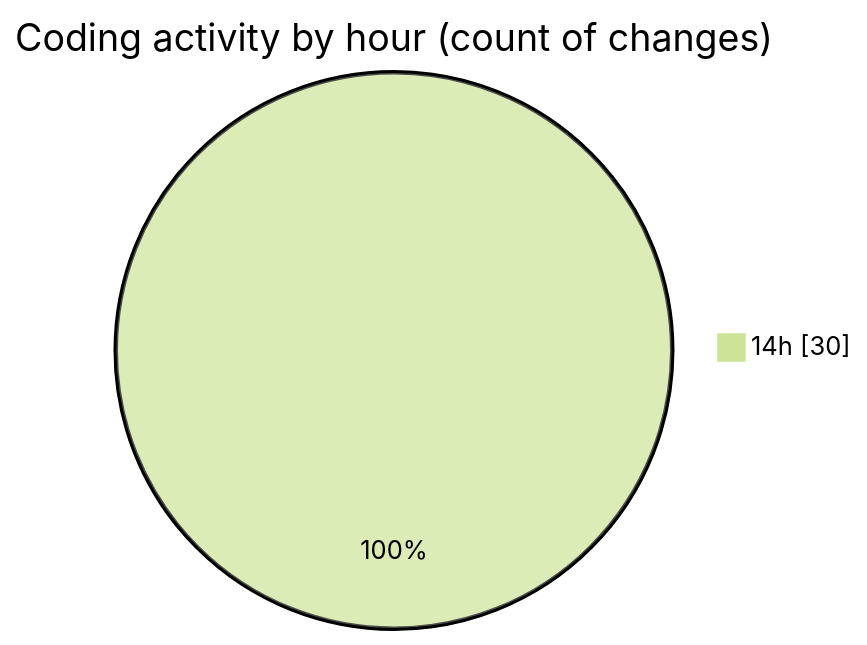
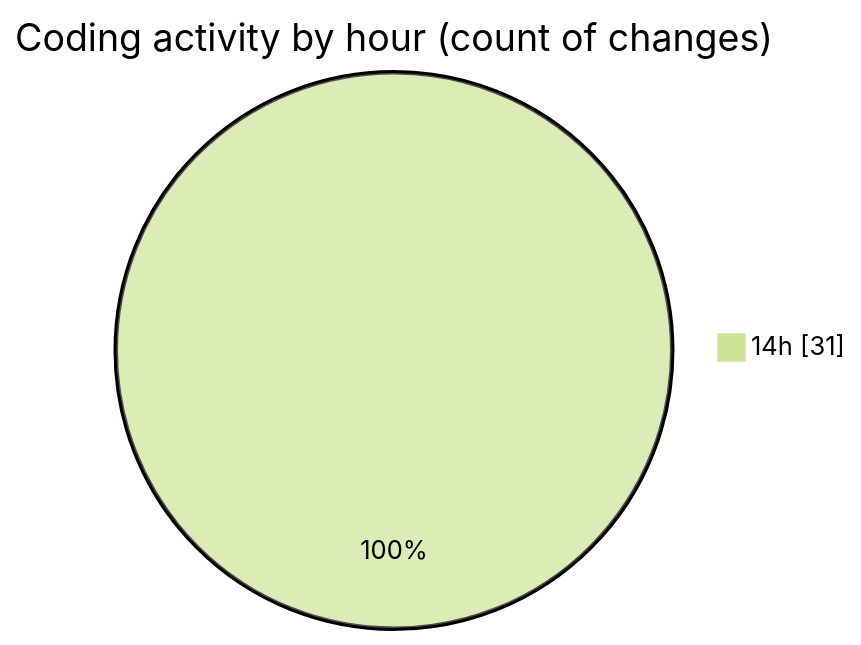
Before and after one commit to jadenblack/code-tracking: the second of 2 diagrams in 2026-03-04/shadcn-admin-kit-main__workspace_/README.md, drawn with Mermaid (forest theme). The commit also changed other lines of this file and 1 other file, not shown here.

````diff
--- a/2026-03-04/shadcn-admin-kit-main__workspace_/README.md
+++ b/2026-03-04/shadcn-admin-kit-main__workspace_/README.md
@@ -51,5 +51,5 @@
 ```mermaid
 pie showData
 title Coding activity by hour (count of changes)
-"14h" : 30
+"14h" : 31
 ```
````
